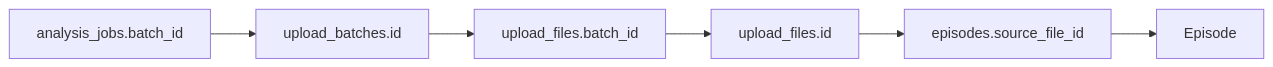
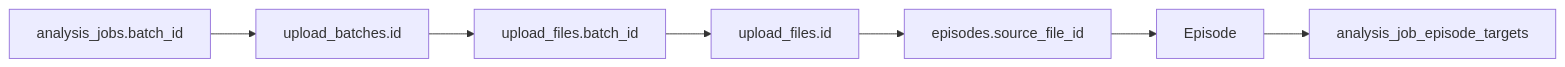
The fourth of 4 diagrams in docs/upload-episode-workflow.md (catchhole-soma/catchhole-backend-java), drawn with Mermaid before and after one commit. The commit also changed other lines of this file and 8 other files, not shown here.

````diff
--- a/docs/upload-episode-workflow.md
+++ b/docs/upload-episode-workflow.md
@@ -136,8 +138,9 @@
 ```mermaid
 flowchart LR
     A["analysis_jobs.batch_id"] --> B["upload_batches.id"]
     B --> C["upload_files.batch_id"]
     C --> D["upload_files.id"]
     D --> E["episodes.source_file_id"]
     E --> F["Episode"]
+    F --> G["analysis_job_episode_targets"]
 ```
````
